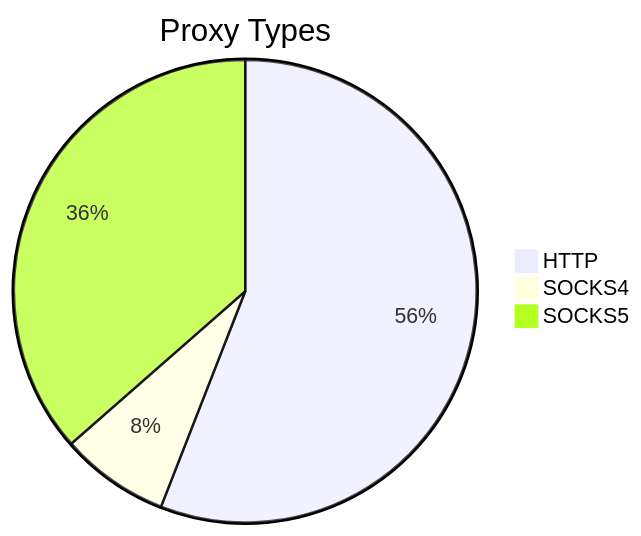
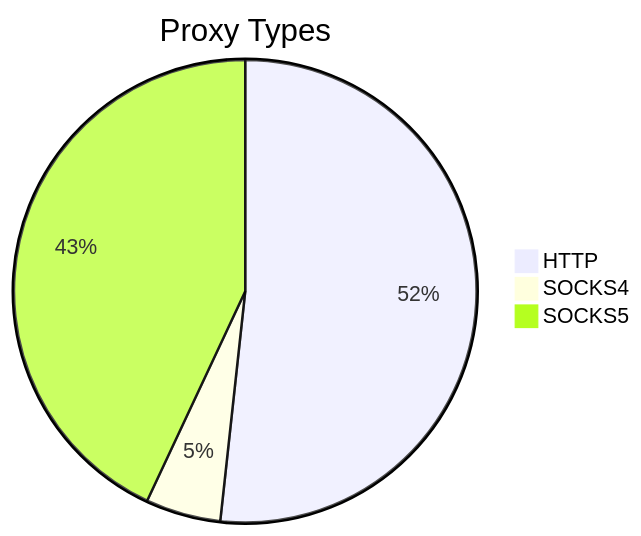
Before and after one commit to stormsia/proxy-list: the first of 2 diagrams in README.md, drawn with Mermaid. The commit also changed other lines of this file, not shown here.

````diff
--- a/README.md
+++ b/README.md
@@ -21,6 +21,6 @@
 ```mermaid
 pie title Proxy Types
-    "HTTP" : 448
-    "SOCKS4" : 61
-    "SOCKS5" : 292
+    "HTTP" : 345
+    "SOCKS4" : 35
+    "SOCKS5" : 287
 ```
````
